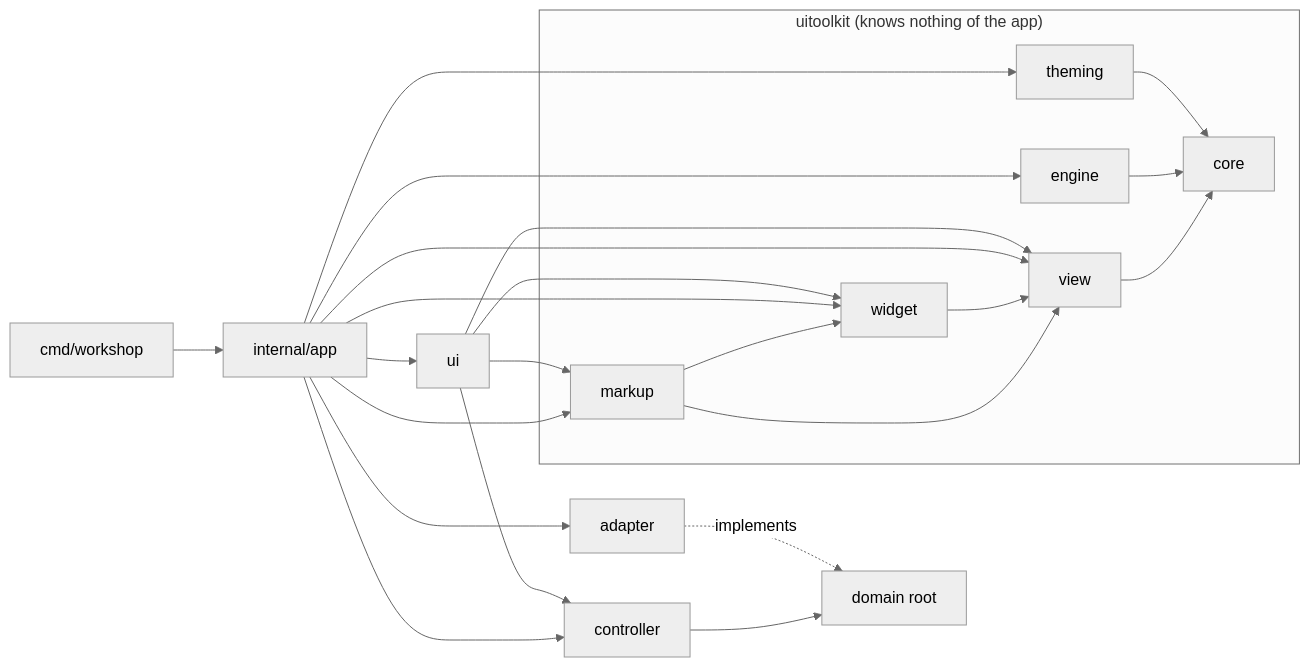
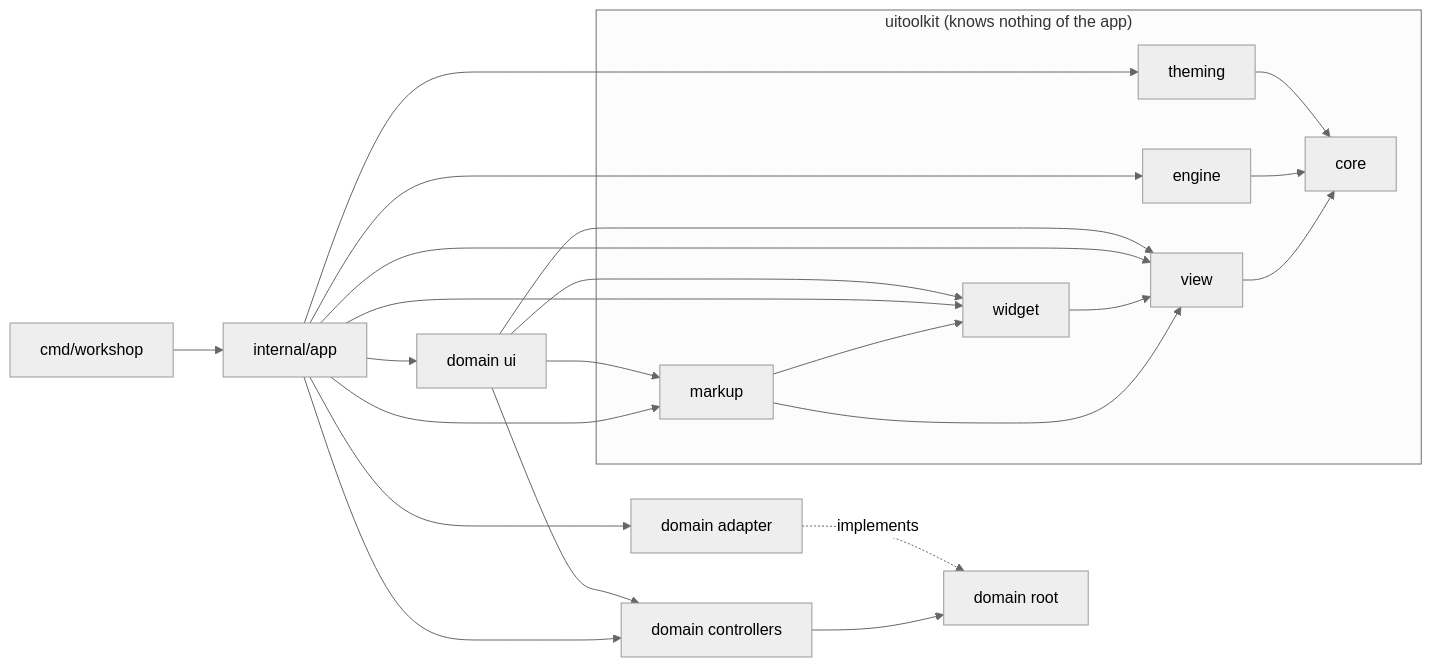
One commit to gascoigne-ai/gascoigne-workshop changed the diagram in .harness/architecture.md. Above: the diagram before and after it, drawn with Mermaid (neutral theme). The commit also changed other lines of this file and 4 other files, not shown here.

````diff
--- a/.harness/architecture.md
+++ b/.harness/architecture.md
@@ -7,17 +7,17 @@
 ```mermaid
 flowchart LR
   cmd["cmd/workshop"] --> app["internal/app"]
-  app --> ui["ui"] & ctl["controller"] & adp["adapter"]
+  app --> ui["domain ui"] & ctl["domain controllers"] & adp["domain adapter"]
   ui --> ctl --> root["domain root"]
   adp -. implements .-> root
   subgraph toolkit["uitoolkit (knows nothing of the app)"]
     markup["markup"] --> widget["widget"]
     markup --> view["view"]
     widget --> view
     view --> core["core"]
     engine["engine"] --> core
     theming["theming"] --> core
   end
   app & ui --> markup & widget & view
   app --> engine & theming
 ```
````
